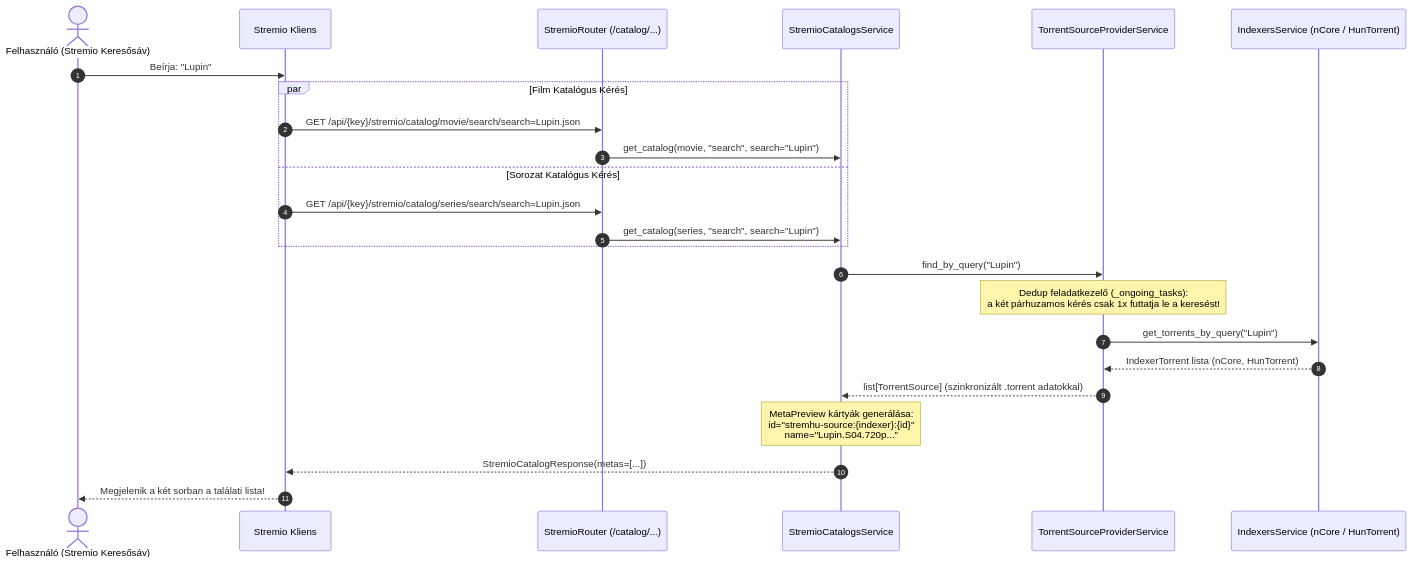
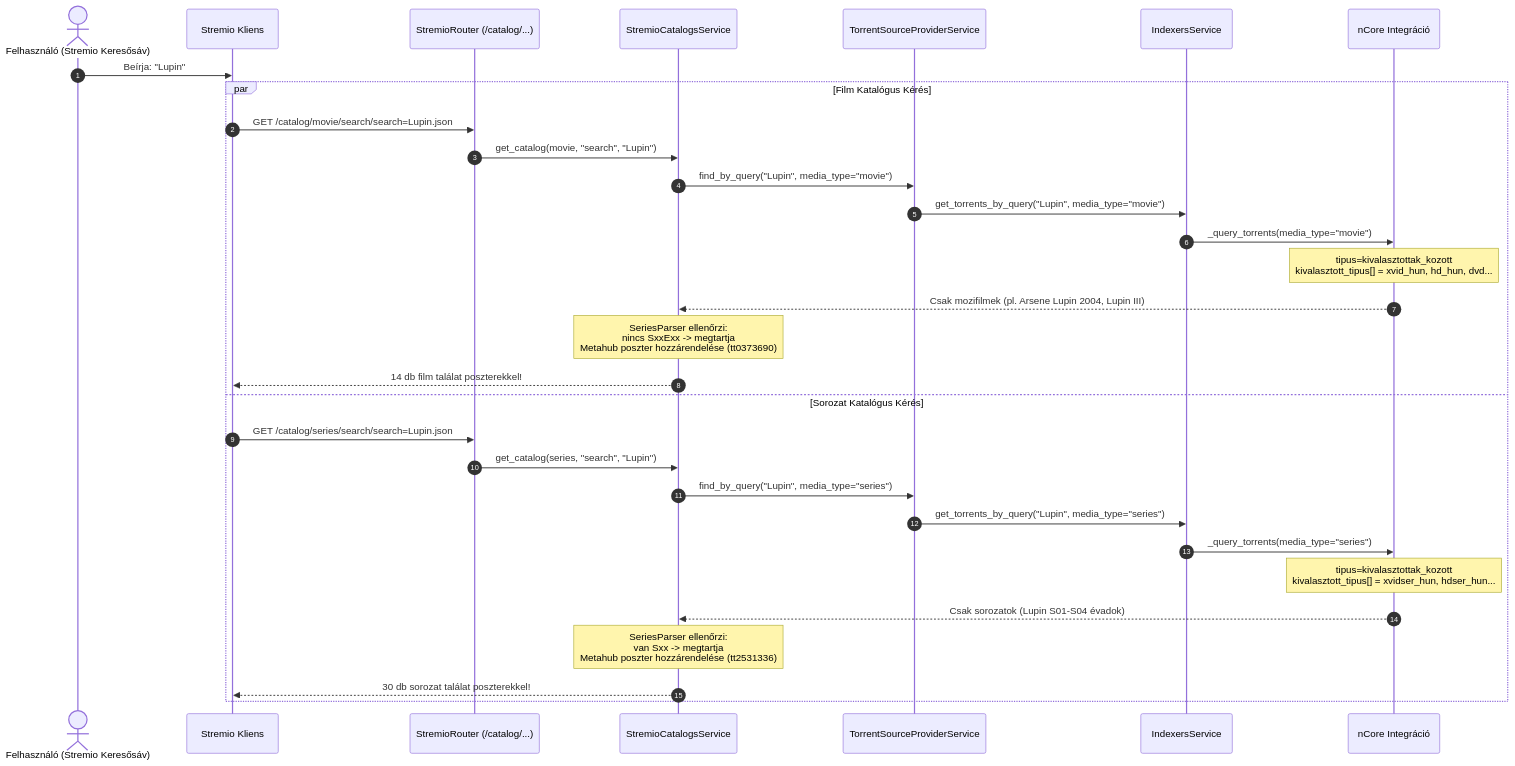
Before and after one commit to Levfero/stremhu-source-VibeCodedEdition: the diagram in docs/feature/stremio-catalog-search.md, drawn with Mermaid. The commit also changed other lines of this file and 11 other files, not shown here.

Commit message:
feat(catalog): separate movies and series categories with Metahub poster support

````diff
--- a/docs/feature/stremio-catalog-search.md
+++ b/docs/feature/stremio-catalog-search.md
@@ -51,29 +61,34 @@
 ```mermaid
 sequenceDiagram
     autonumber
     actor User as Felhasználó (Stremio Keresősáv)
     participant Stremio as Stremio Kliens
     participant Router as StremioRouter (/catalog/...)
     participant CatService as StremioCatalogsService
     participant TSP as TorrentSourceProviderService
-    participant Indexers as IndexersService (nCore / HunTorrent)
+    participant Indexers as IndexersService
+    participant nCore as nCore Integráció
 
     User->>Stremio: Beírja: "Lupin"
     par Film Katalógus Kérés
-        Stremio->>Router: GET /api/{key}/stremio/catalog/movie/search/search=Lupin.json
-        Router->>CatService: get_catalog(movie, "search", search="Lupin")
+        Stremio->>Router: GET /catalog/movie/search/search=Lupin.json
+        Router->>CatService: get_catalog(movie, "search", "Lupin")
+        CatService->>TSP: find_by_query("Lupin", media_type="movie")
+        TSP->>Indexers: get_torrents_by_query("Lupin", media_type="movie")
+        Indexers->>nCore: _query_torrents(media_type="movie")
+        Note over nCore: tipus=kivalasztottak_kozott<br/>kivalasztott_tipus[] = xvid_hun, hd_hun, dvd...
+        nCore-->>CatService: Csak mozifilmek (pl. Arsene Lupin 2004, Lupin III)
+        Note over CatService: SeriesParser ellenőrzi:<br/>nincs SxxExx -> megtartja<br/>Metahub poszter hozzárendelése (tt0373690)
+        CatService-->>Stremio: 14 db film találat poszterekkel!
     and Sorozat Katalógus Kérés
-        Stremio->>Router: GET /api/{key}/stremio/catalog/series/search/search=Lupin.json
-        Router->>CatService: get_catalog(series, "search", search="Lupin")
+        Stremio->>Router: GET /catalog/series/search/search=Lupin.json
+        Router->>CatService: get_catalog(series, "search", "Lupin")
+        CatService->>TSP: find_by_query("Lupin", media_type="series")
+        TSP->>Indexers: get_torrents_by_query("Lupin", media_type="series")
+        Indexers->>nCore: _query_torrents(media_type="series")
+        Note over nCore: tipus=kivalasztottak_kozott<br/>kivalasztott_tipus[] = xvidser_hun, hdser_hun...
+        nCore-->>CatService: Csak sorozatok (Lupin S01-S04 évadok)
+        Note over CatService: SeriesParser ellenőrzi:<br/>van Sxx -> megtartja<br/>Metahub poszter hozzárendelése (tt2531336)
+        CatService-->>Stremio: 30 db sorozat találat poszterekkel!
     end
-
-    CatService->>TSP: find_by_query("Lupin")
-    Note over TSP: Dedup feladatkezelő (_ongoing_tasks):<br/>a két párhuzamos kérés csak 1x futtatja le a keresést!
-    TSP->>Indexers: get_torrents_by_query("Lupin")
-    Indexers-->>TSP: IndexerTorrent lista (nCore, HunTorrent)
-    TSP-->>CatService: list[TorrentSource] (szinkronizált .torrent adatokkal)
-
-    Note over CatService: MetaPreview kártyák generálása:<br/>id="stremhu-source:{indexer}:{id}"<br/>name="Lupin.S04.720p..."
-    CatService-->>Stremio: StremioCatalogResponse(metas=[...])
-    Stremio-->>User: Megjelenik a két sorban a találati lista!
 ```
````
